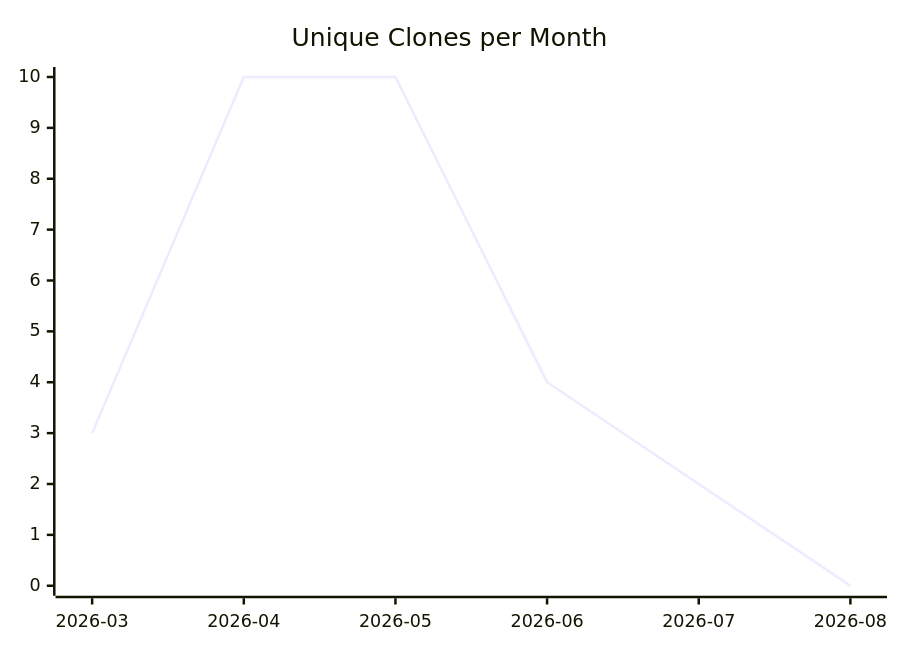
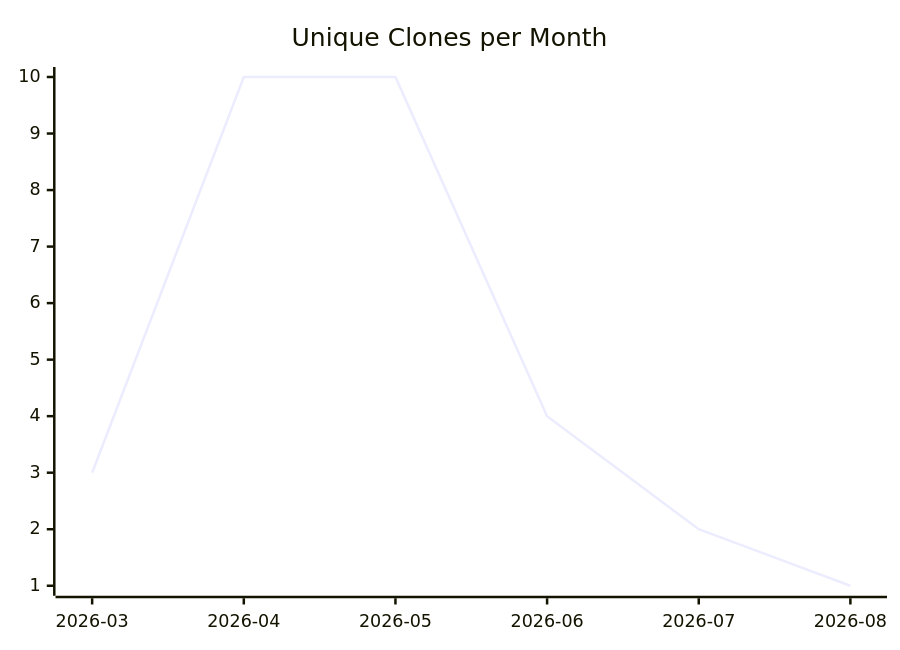
Before and after one commit to justdavis-family/github-analytics-data: the third of 3 diagrams in karlmdavis/stockfighter-trades-solutions/README.md, drawn with Mermaid. The commit also changed other lines of this file and 184 other files, not shown here.

````diff
--- a/karlmdavis/stockfighter-trades-solutions/README.md
+++ b/karlmdavis/stockfighter-trades-solutions/README.md
@@ -19,6 +19,6 @@
 ```mermaid
 xychart-beta
   title "Unique Clones per Month"
   x-axis ["2026-03", "2026-04", "2026-05", "2026-06", "2026-07", "2026-08"]
-  line [3, 10, 10, 4, 2, 0]
+  line [3, 10, 10, 4, 2, 1]
 ```
````
